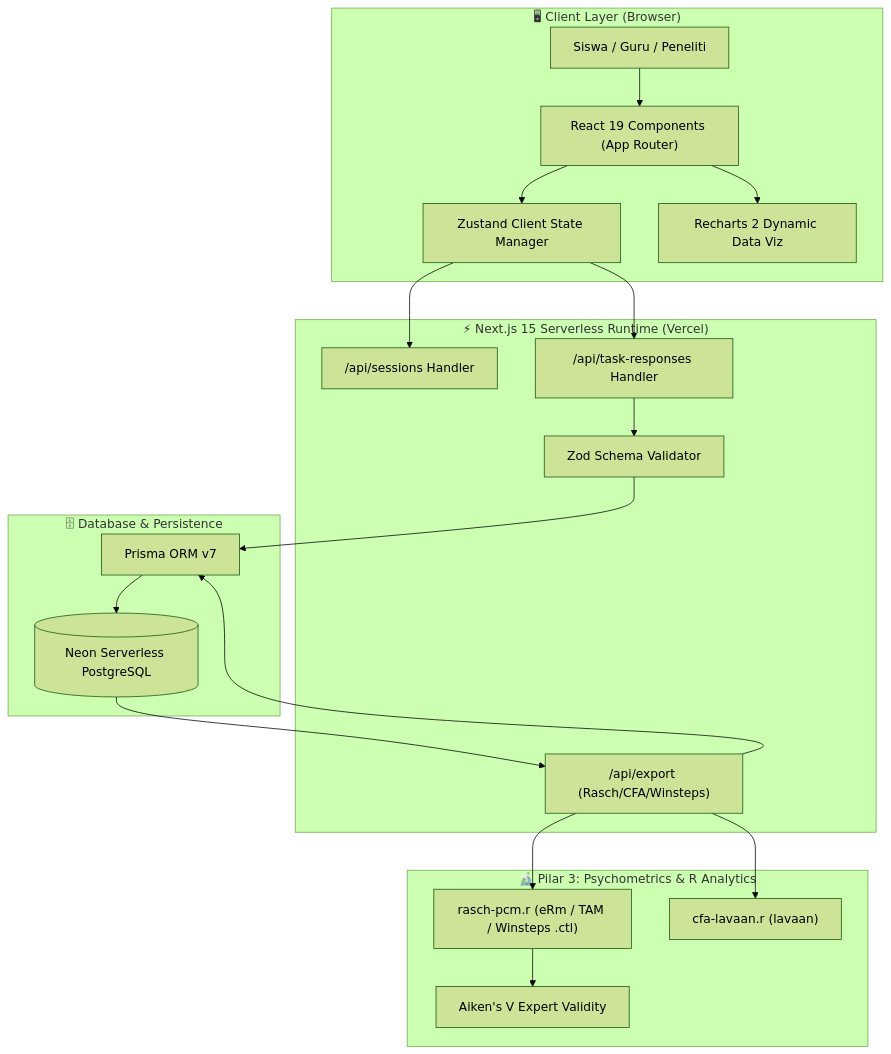
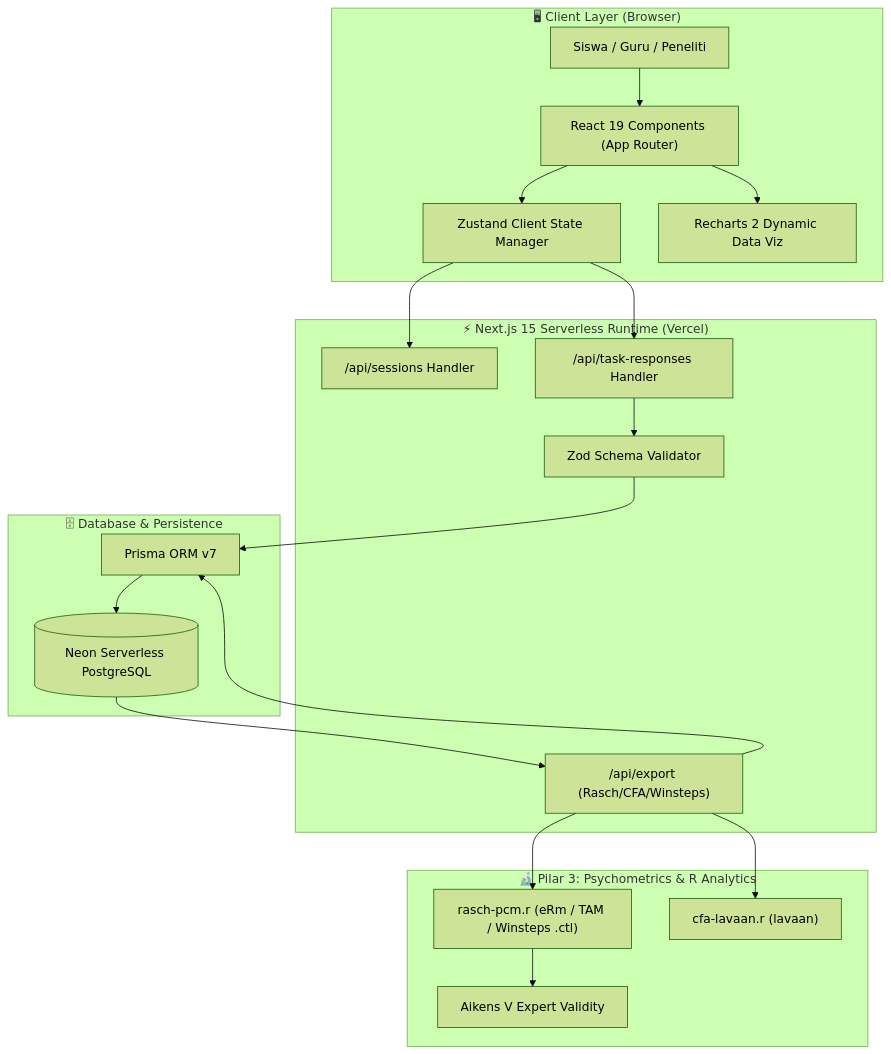
One commit to zaditprodakwah/statslab changed the diagram in README.md. Above: the diagram before and after it, drawn with Mermaid (forest theme). The commit also changed other lines of this file, not shown here.

Commit message:
docs: fix mermaid syntax error and add release badge

````diff
--- a/README.md
+++ b/README.md
@@ -125,41 +126,41 @@
 ```mermaid
 graph TD
     subgraph Client_Layer["🖥 Client Layer (Browser)"]
         User["Siswa / Guru / Peneliti"]
         UI["React 19 Components (App Router)"]
         State["Zustand Client State Manager"]
         Charts["Recharts 2 Dynamic Data Viz"]
     end
 
     subgraph Server_Layer["⚡ Next.js 15 Serverless Runtime (Vercel)"]
         API_Sessions["/api/sessions Handler"]
         API_TaskResp["/api/task-responses Handler"]
         API_Export["/api/export (Rasch/CFA/Winsteps)"]
         ZodVal["Zod Schema Validator"]
     end
 
     subgraph Database_Layer["🗄 Database & Persistence"]
         Prisma["Prisma ORM v7"]
-        NeonDB[("Neon Serverless PostgreSQL")]
+        NeonDB[(Neon Serverless PostgreSQL)]
     end
 
     subgraph Open_Science_Layer["🔬 Pilar 3: Psychometrics & R Analytics"]
         R_Rasch["rasch-pcm.r (eRm / TAM / Winsteps .ctl)"]
         R_CFA["cfa-lavaan.r (lavaan)"]
-        Aiken["Aiken's V Expert Validity"]
+        Aiken["Aikens V Expert Validity"]
     end
 
     User --> UI
     UI --> State
     UI --> Charts
     State --> API_Sessions
     State --> API_TaskResp
     API_TaskResp --> ZodVal
     ZodVal --> Prisma
     API_Export --> Prisma
     Prisma --> NeonDB
     NeonDB --> API_Export
     API_Export --> R_Rasch
     API_Export --> R_CFA
     R_Rasch --> Aiken
 ```
````
